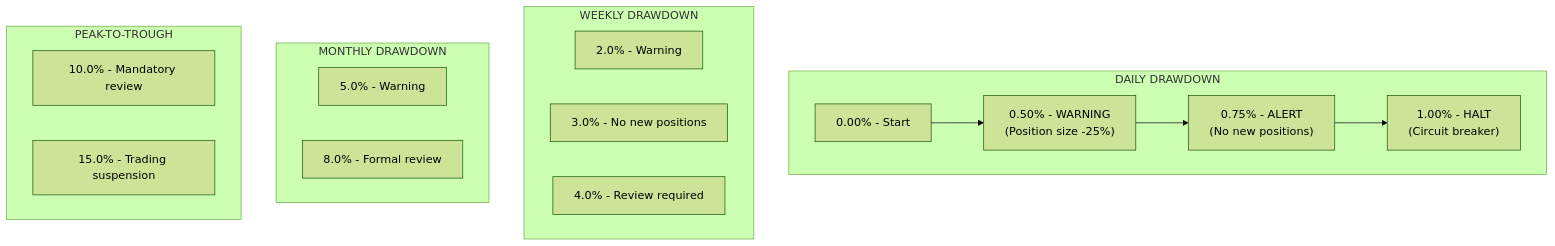
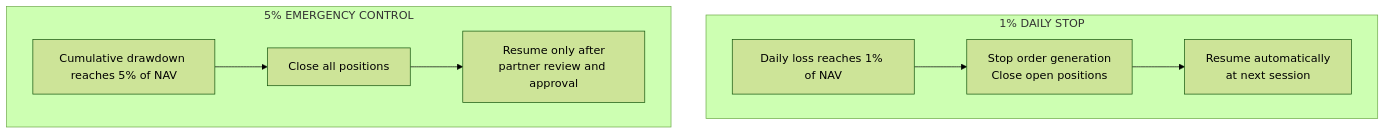
Before and after one commit to blackholefund/external_docs: the second of 2 diagrams in docs/risk-management/framework.md, drawn with Mermaid (forest theme). The commit also changed other lines of this file and 17 other files, not shown here.

````diff
--- a/docs/risk-management/framework.md
+++ b/docs/risk-management/framework.md
@@ -93,27 +90,12 @@
 ```mermaid
 flowchart TB
-    subgraph Daily["DAILY DRAWDOWN"]
-        D0["0.00% - Start"]
-        D1["0.50% - WARNING\n(Position size -25%)"]
-        D2["0.75% - ALERT\n(No new positions)"]
-        D3["1.00% - HALT\n(Circuit breaker)"]
+    subgraph Daily["1% DAILY STOP"]
+        D1["Daily loss reaches 1% of NAV"] --> D2["Stop order generation\nClose open positions"]
+        D2 --> D3["Resume automatically\nat next session"]
     end
 
-    subgraph Weekly["WEEKLY DRAWDOWN"]
-        W1["2.0% - Warning"]
-        W2["3.0% - No new positions"]
-        W3["4.0% - Review required"]
+    subgraph Cumulative["5% EMERGENCY CONTROL"]
+        C1["Cumulative drawdown reaches 5% of NAV"] --> C2["Close all positions"]
+        C2 --> C3["Resume only after\npartner review and approval"]
     end
-
-    subgraph Monthly["MONTHLY DRAWDOWN"]
-        M1["5.0% - Warning"]
-        M2["8.0% - Formal review"]
-    end
-
-    subgraph Peak["PEAK-TO-TROUGH"]
-        PT1["10.0% - Mandatory review"]
-        PT2["15.0% - Trading suspension"]
-    end
-
-    D0 --> D1 --> D2 --> D3
 ```
````
